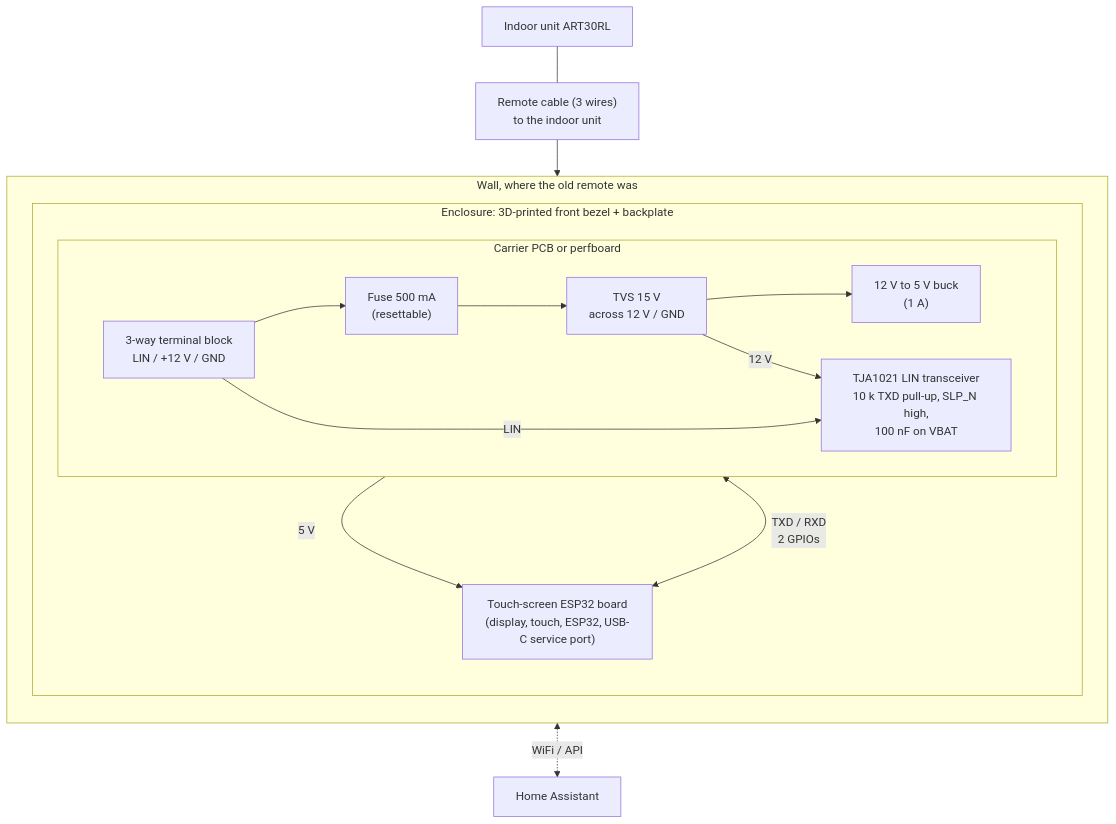
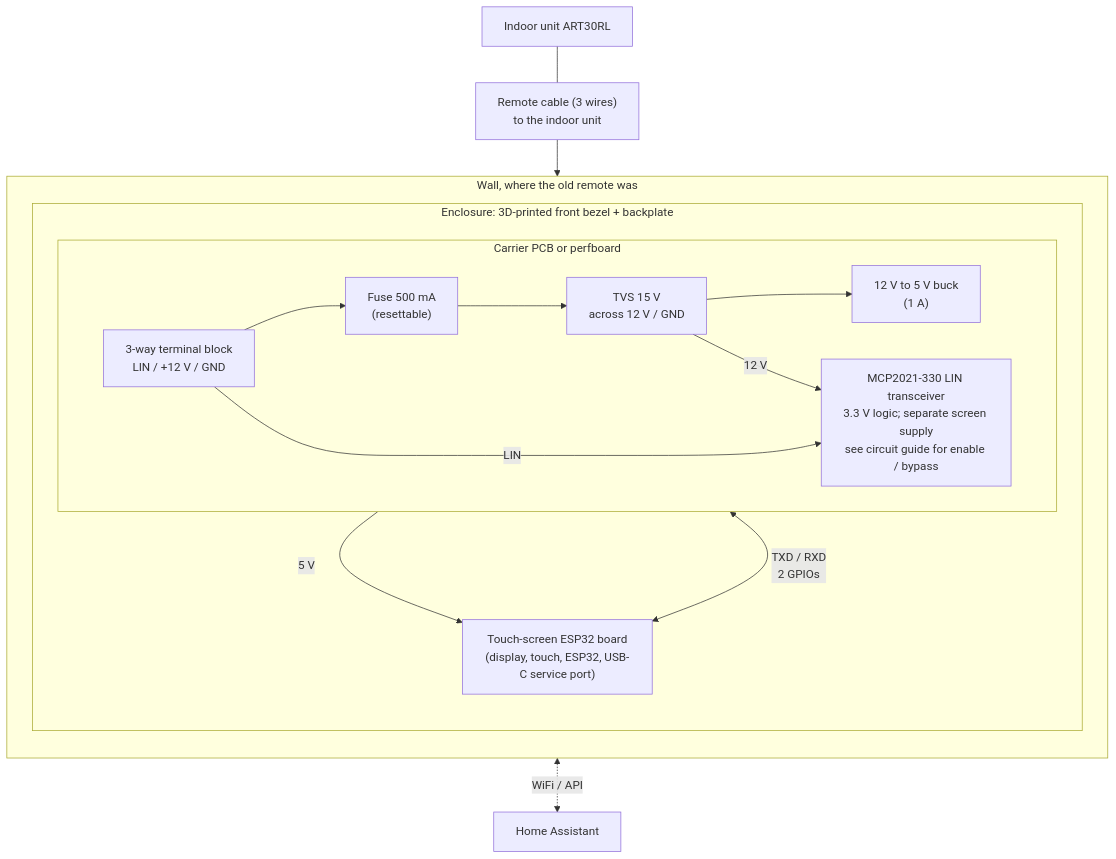
One commit to matt-nz/fujitsu-legacy-esphome changed the first of 2 diagrams in docs/aot30-touchscreen-controller.md. Above: the diagram before and after it, drawn with Mermaid. The commit also changed other lines of this file and 6 other files, not shown here.

````diff
--- a/docs/aot30-touchscreen-controller.md
+++ b/docs/aot30-touchscreen-controller.md
@@ -9,26 +9,26 @@
 ```mermaid
 flowchart TB
     subgraph WALL["Wall, where the old remote was"]
         direction TB
         subgraph CASE["Enclosure: 3D-printed front bezel + backplate"]
             direction TB
             SCR["Touch-screen ESP32 board<br/>(display, touch, ESP32, USB-C service port)"]
             subgraph PCB["Carrier PCB or perfboard"]
                 direction LR
                 TB["3-way terminal block<br/>LIN / +12 V / GND"]
                 FUSE["Fuse 500 mA<br/>(resettable)"]
                 TVS["TVS 15 V<br/>across 12 V / GND"]
                 BUCK["12 V to 5 V buck<br/>(1 A)"]
-                LINX["TJA1021 LIN transceiver<br/>10 k TXD pull-up, SLP_N high,<br/>100 nF on VBAT"]
+                LINX["MCP2021-330 LIN transceiver<br/>3.3 V logic; separate screen supply<br/>see circuit guide for enable / bypass"]
             end
         end
     end
     CABLE["Remote cable (3 wires)<br/>to the indoor unit"] --> TB
     TB --> FUSE --> TVS
     TVS --> BUCK -->|"5 V"| SCR
     TVS -->|"12 V"| LINX
     TB -->|"LIN"| LINX
     LINX <-->|"TXD / RXD<br/>2 GPIOs"| SCR
     SCR <-.->|"WiFi / API"| HA["Home Assistant"]
     UNIT["Indoor unit ART30RL"] --- CABLE
 ```
````
